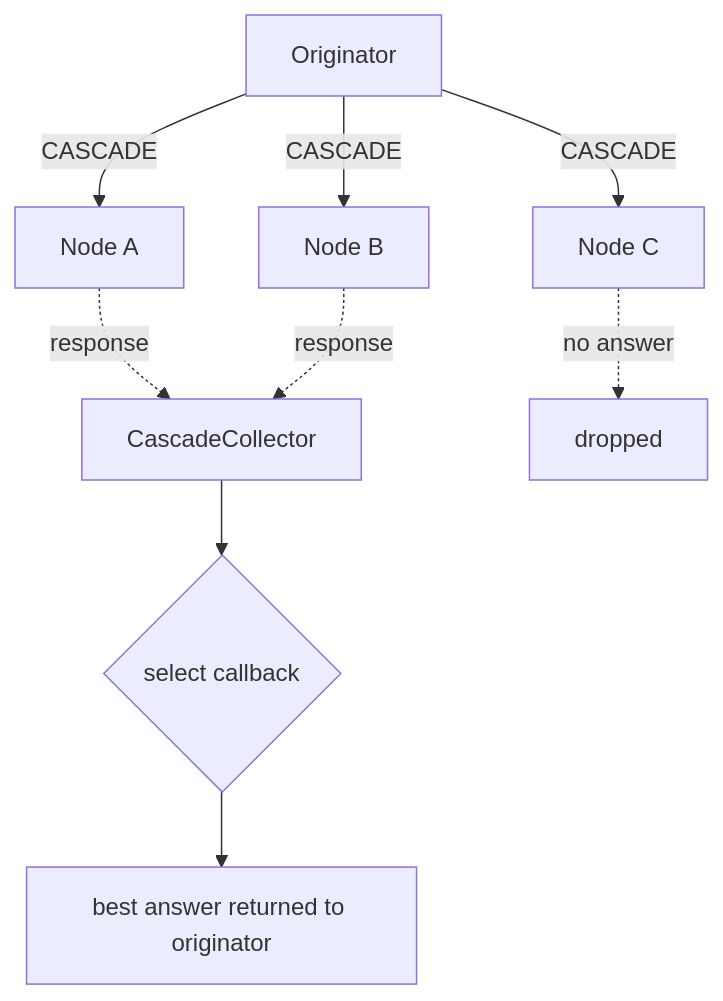
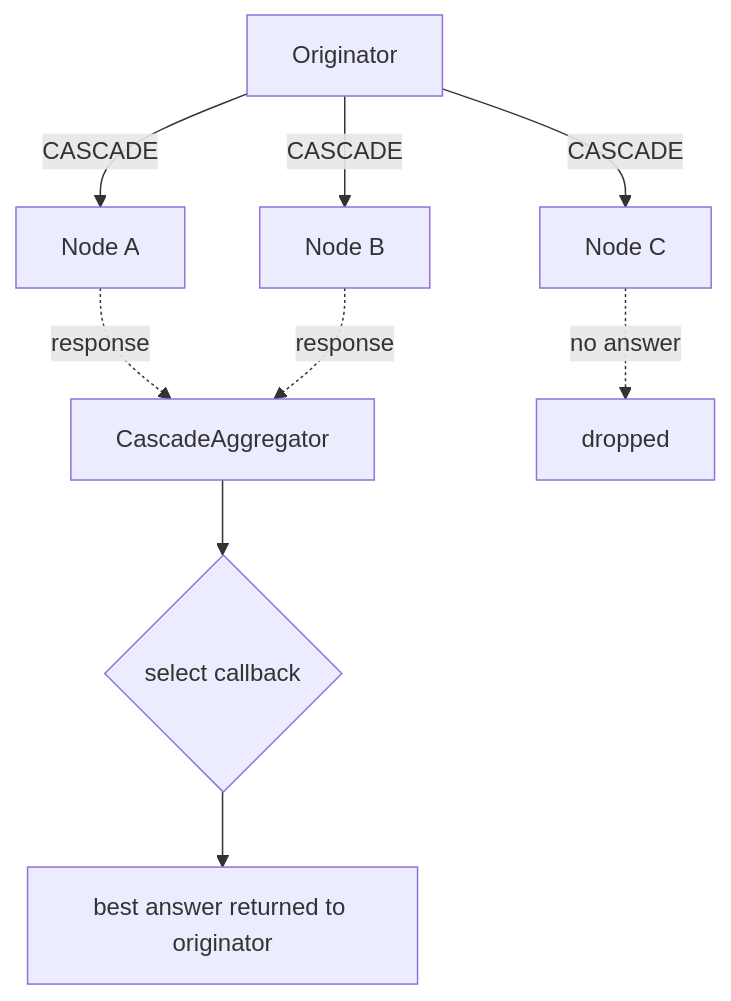
The second of 2 diagrams in docs/concepts/mesh.md (JarbasHiveMind/HiveMind-community-docs), drawn with Mermaid before and after one commit. The commit also changed other lines of this file, not shown here.

Commit message:
docs: fix leftover CascadeCollector reference in mesh.md, should be CascadeAggregator

````diff
--- a/docs/concepts/mesh.md
+++ b/docs/concepts/mesh.md
@@ -111,11 +111,11 @@
 ```mermaid
 flowchart TD
     O[Originator] -->|CASCADE| A[Node A]
     O -->|CASCADE| B[Node B]
     O -->|CASCADE| C[Node C]
-    A -.->|response| G[CascadeCollector]
+    A -.->|response| G[CascadeAggregator]
     B -.->|response| G
     C -.-> |no answer| X[dropped]
     G --> P{select callback}
     P --> W[best answer returned to originator]
 ```
````
